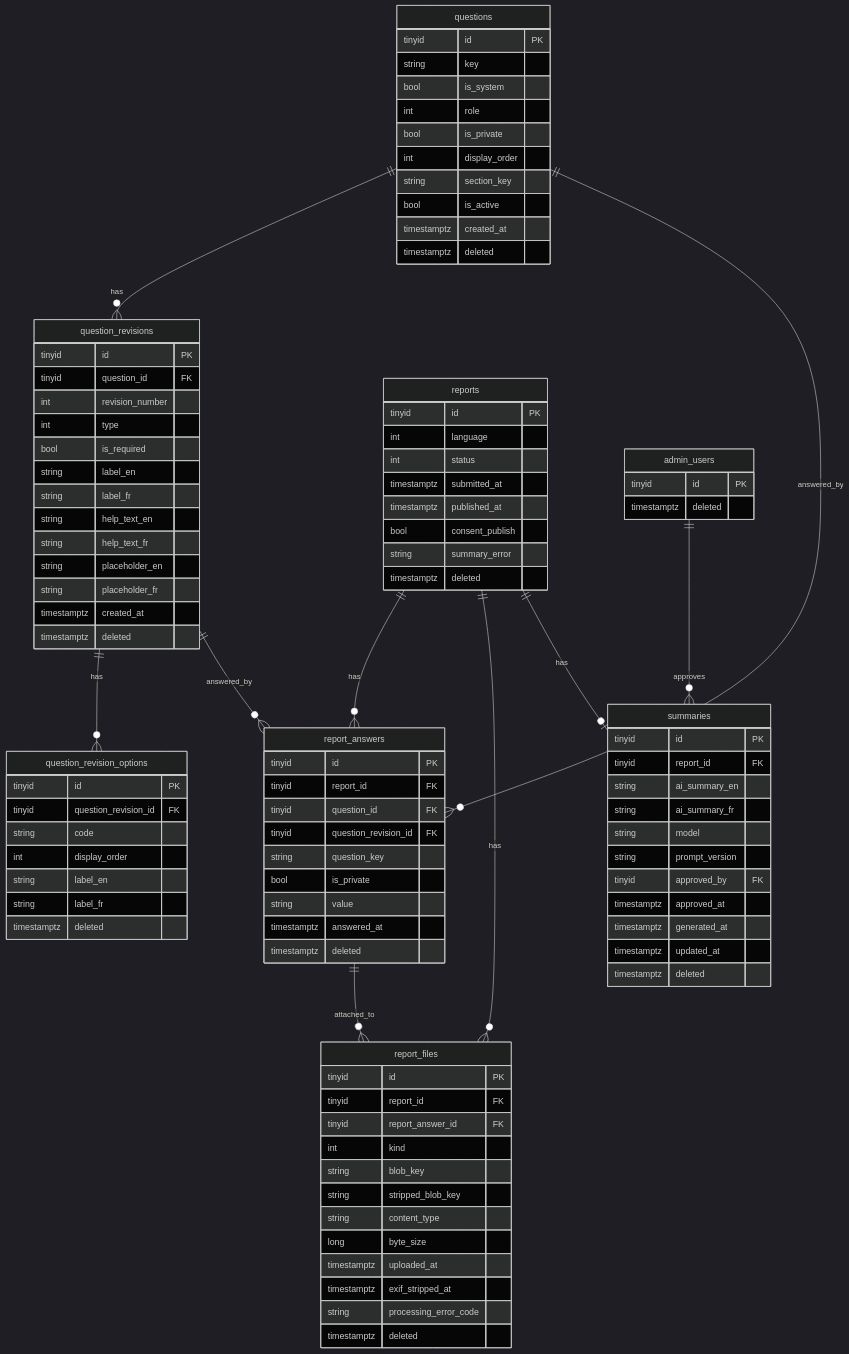
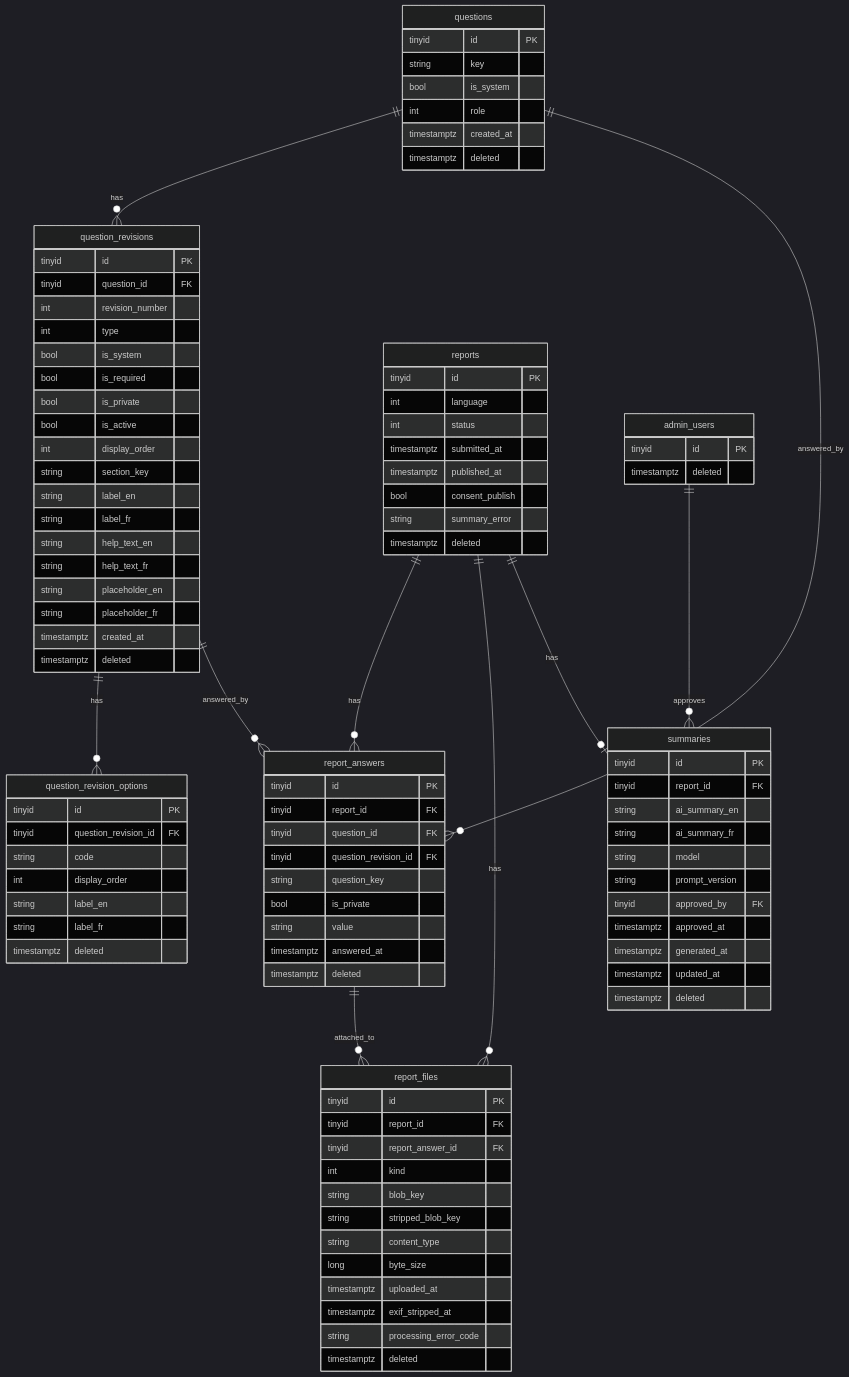
The diagram in docs/decisions/ADR-0040-migrate-canonical-domain-and-persistence.md (HPAC-Safety/safety-report), drawn with Mermaid (dark theme) before and after one commit. The commit also changed other lines of this file and 8 other files, not shown here.

```diff
--- a/docs/decisions/ADR-0040-migrate-canonical-domain-and-persistence.md
+++ b/docs/decisions/ADR-0040-migrate-canonical-domain-and-persistence.md
@@ -44,10 +44,6 @@
         string key
         bool is_system
         int role
-        bool is_private
-        int display_order
-        string section_key
-        bool is_active
         timestamptz created_at
         timestamptz deleted
     }
@@ -57,7 +53,12 @@
         tinyid question_id FK
         int revision_number
         int type
+        bool is_system
         bool is_required
+        bool is_private
+        bool is_active
+        int display_order
+        string section_key
         string label_en
         string label_fr
         string help_text_en
```
